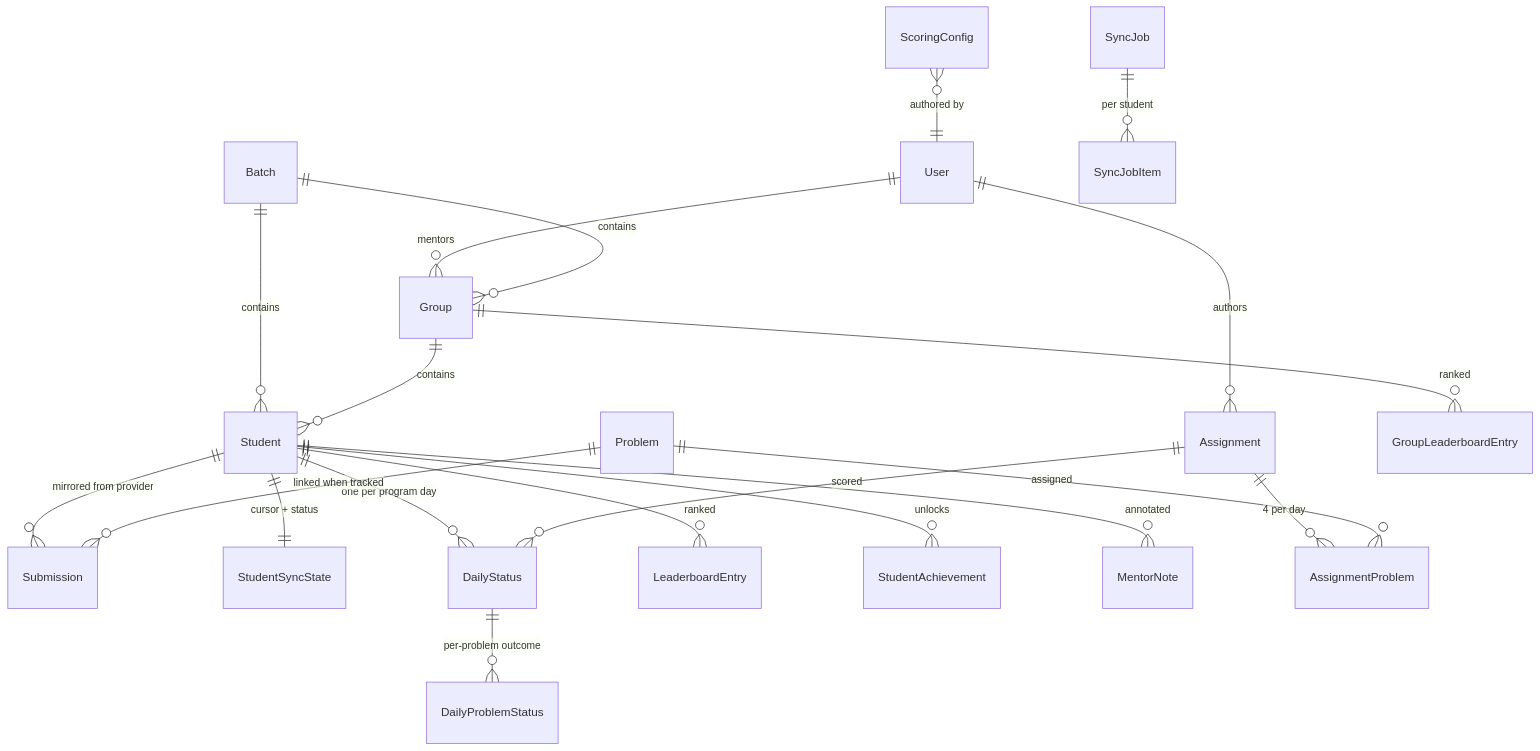
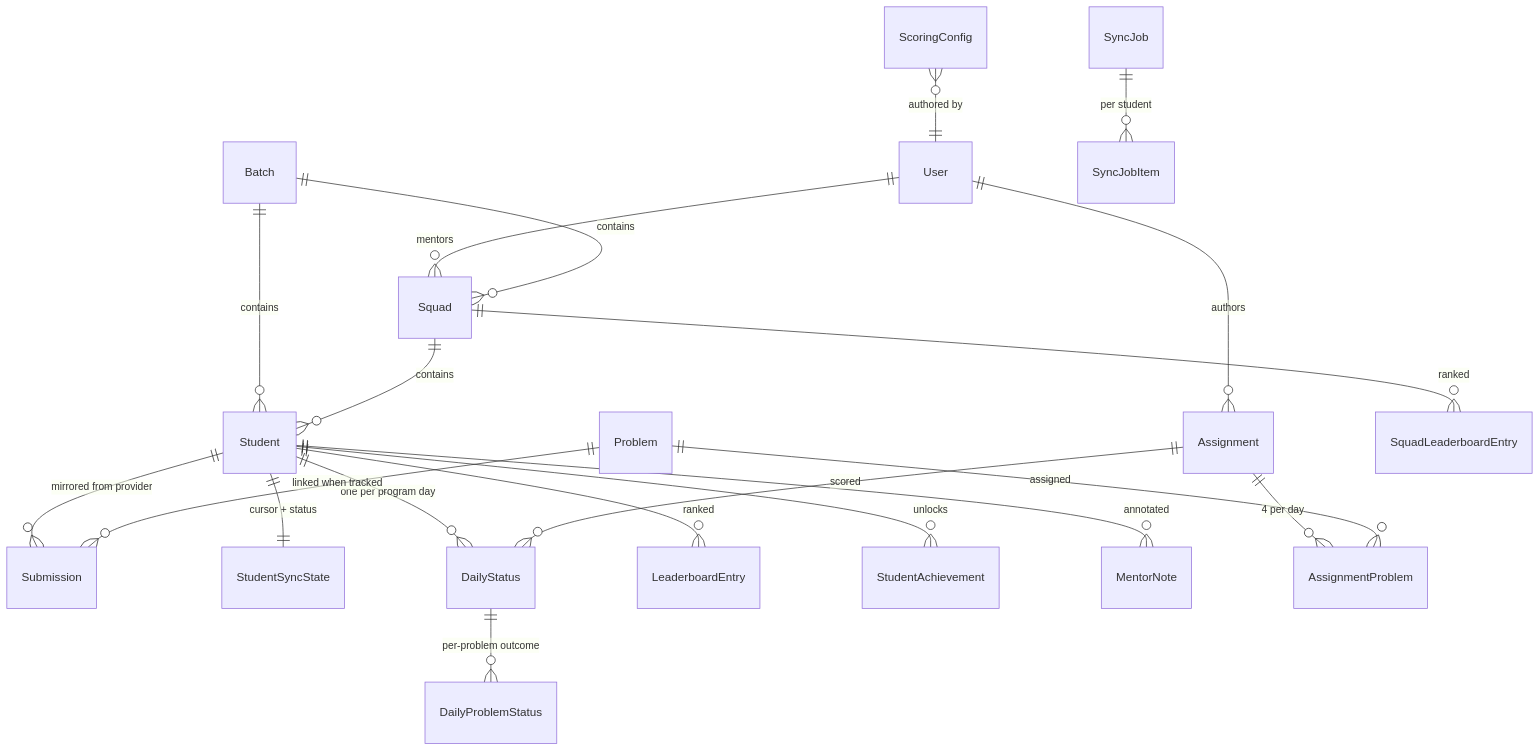
The second of 3 diagrams in docs/ARCHITECTURE.md (Gosling-dude/Kalvium-student-leetcode-tracker), drawn with Mermaid before and after one commit. The commit also changed other lines of this file and 41 other files, not shown here.

````diff
--- a/docs/ARCHITECTURE.md
+++ b/docs/ARCHITECTURE.md
@@ -40,26 +40,26 @@
 ```mermaid
 erDiagram
-  User ||--o{ Group : mentors
+  User ||--o{ Squad : mentors
   User ||--o{ Assignment : authors
-  Batch ||--o{ Group : contains
+  Batch ||--o{ Squad : contains
   Batch ||--o{ Student : contains
-  Group ||--o{ Student : contains
+  Squad ||--o{ Student : contains
 
   Student ||--o{ Submission : "mirrored from provider"
   Student ||--|| StudentSyncState : "cursor + status"
   Student ||--o{ DailyStatus : "one per program day"
   Student ||--o{ LeaderboardEntry : ranked
   Student ||--o{ StudentAchievement : unlocks
   Student ||--o{ MentorNote : annotated
 
   Assignment ||--o{ AssignmentProblem : "4 per day"
   Problem ||--o{ AssignmentProblem : assigned
   Problem ||--o{ Submission : "linked when tracked"
 
   DailyStatus ||--o{ DailyProblemStatus : "per-problem outcome"
   Assignment ||--o{ DailyStatus : scored
 
-  Group ||--o{ GroupLeaderboardEntry : ranked
+  Squad ||--o{ SquadLeaderboardEntry : ranked
   SyncJob ||--o{ SyncJobItem : "per student"
   ScoringConfig }o--|| User : "authored by"
 ```
````
